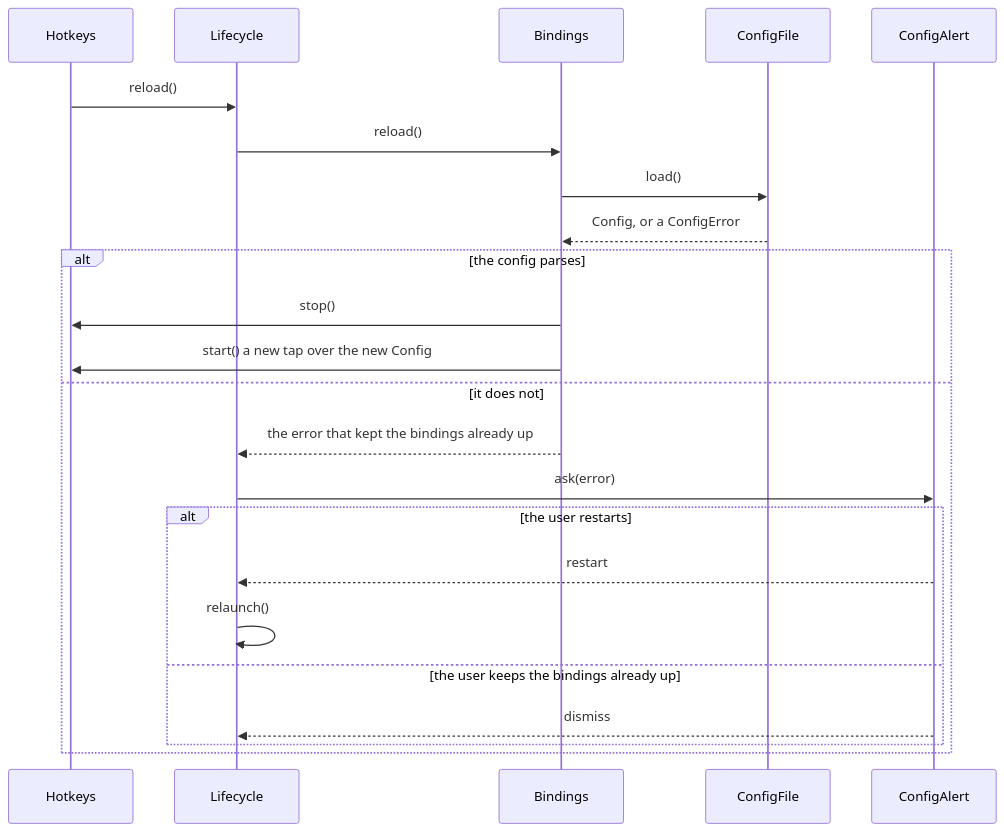
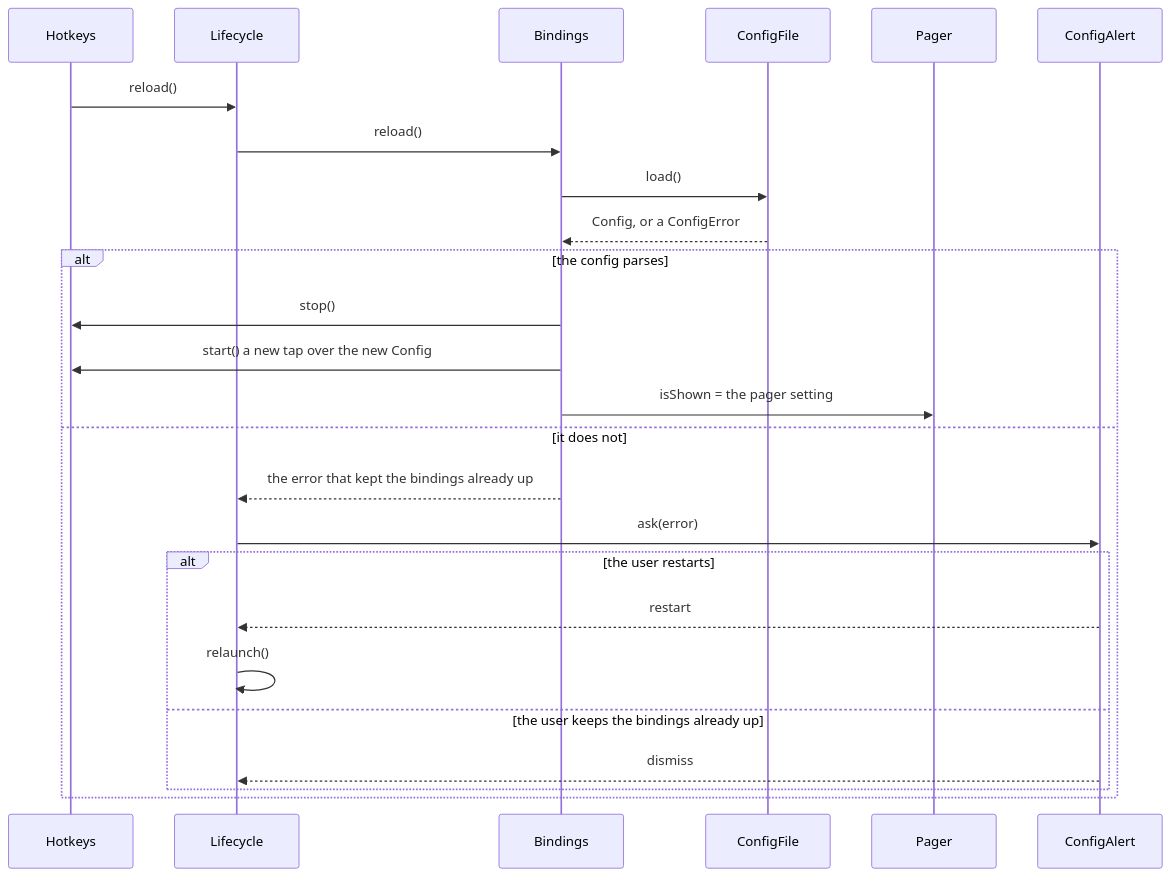
Before and after one commit to brennovich/ottowm: diagram 15 of 20 in ARCHITECTURE.md, drawn with Mermaid. The commit also changed other lines of this file and 15 other files, not shown here.

````diff
--- a/ARCHITECTURE.md
+++ b/ARCHITECTURE.md
@@ -381,20 +390,21 @@
 ```mermaid
 sequenceDiagram
     Hotkeys->>Lifecycle: reload()
     Lifecycle->>Bindings: reload()
     Bindings->>ConfigFile: load()
     ConfigFile-->>Bindings: Config, or a ConfigError
     alt the config parses
         Bindings->>Hotkeys: stop()
         Bindings->>Hotkeys: start() a new tap over the new Config
+        Bindings->>Pager: isShown = the pager setting
     else it does not
         Bindings-->>Lifecycle: the error that kept the bindings already up
         Lifecycle->>ConfigAlert: ask(error)
         alt the user restarts
             ConfigAlert-->>Lifecycle: restart
             Lifecycle->>Lifecycle: relaunch()
         else the user keeps the bindings already up
             ConfigAlert-->>Lifecycle: dismiss
         end
     end
 ```
````
